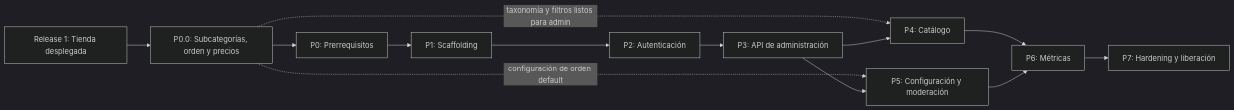
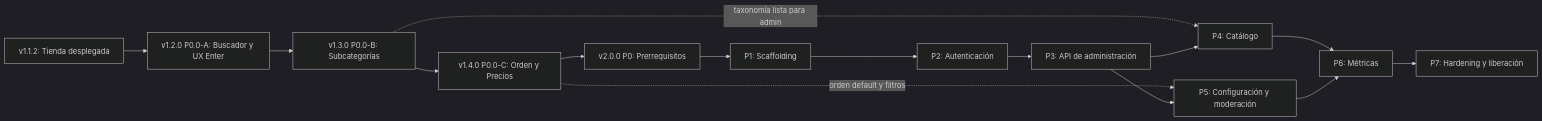
The second of 2 diagrams in docs/panelControlImplementacion.md (Jose-Pablo-Martinez/lectorPobre-catalog), drawn with Mermaid (dark theme) before and after one commit. The commit also changed other lines of this file, not shown here.

Commit message:
docs: update panel admin implementation

````diff
--- a/docs/panelControlImplementacion.md
+++ b/docs/panelControlImplementacion.md
@@ -520,15 +650,17 @@
 ```mermaid
 graph LR
-    R1[Release 1: Tienda desplegada] --> P0_0[P0.0: Subcategorías, orden y precios]
-    P0_0 --> P0[P0: Prerrequisitos]
-    P0 --> P1[P1: Scaffolding]
-    P0_0 -. taxonomía y filtros listos para admin .-> P4[P4: Catálogo]
-    P0_0 -. configuración de orden default .-> P5[P5: Configuración y moderación]
-    P1 --> P2[P2: Autenticación]
-    P2 --> P3[P3: API de administración]
+    R1["v1.1.2: Tienda desplegada"] --> V12["v1.2.0 P0.0-A: Buscador y UX Enter"]
+    V12 --> V13["v1.3.0 P0.0-B: Subcategorías"]
+    V13 --> V14["v1.4.0 P0.0-C: Orden y Precios"]
+    V14 --> P0["v2.0.0 P0: Prerrequisitos"]
+    P0 --> P1["P1: Scaffolding"]
+    V13 -. "taxonomía lista para admin" .-> P4["P4: Catálogo"]
+    V14 -. "orden default y filtros" .-> P5["P5: Configuración y moderación"]
+    P1 --> P2["P2: Autenticación"]
+    P2 --> P3["P3: API de administración"]
     P3 --> P4
     P3 --> P5
-    P4 --> P6[P6: Métricas]
+    P4 --> P6["P6: Métricas"]
     P5 --> P6
-    P6 --> P7[P7: Hardening y liberación]
+    P6 --> P7["P7: Hardening y liberación"]
 ```
````
